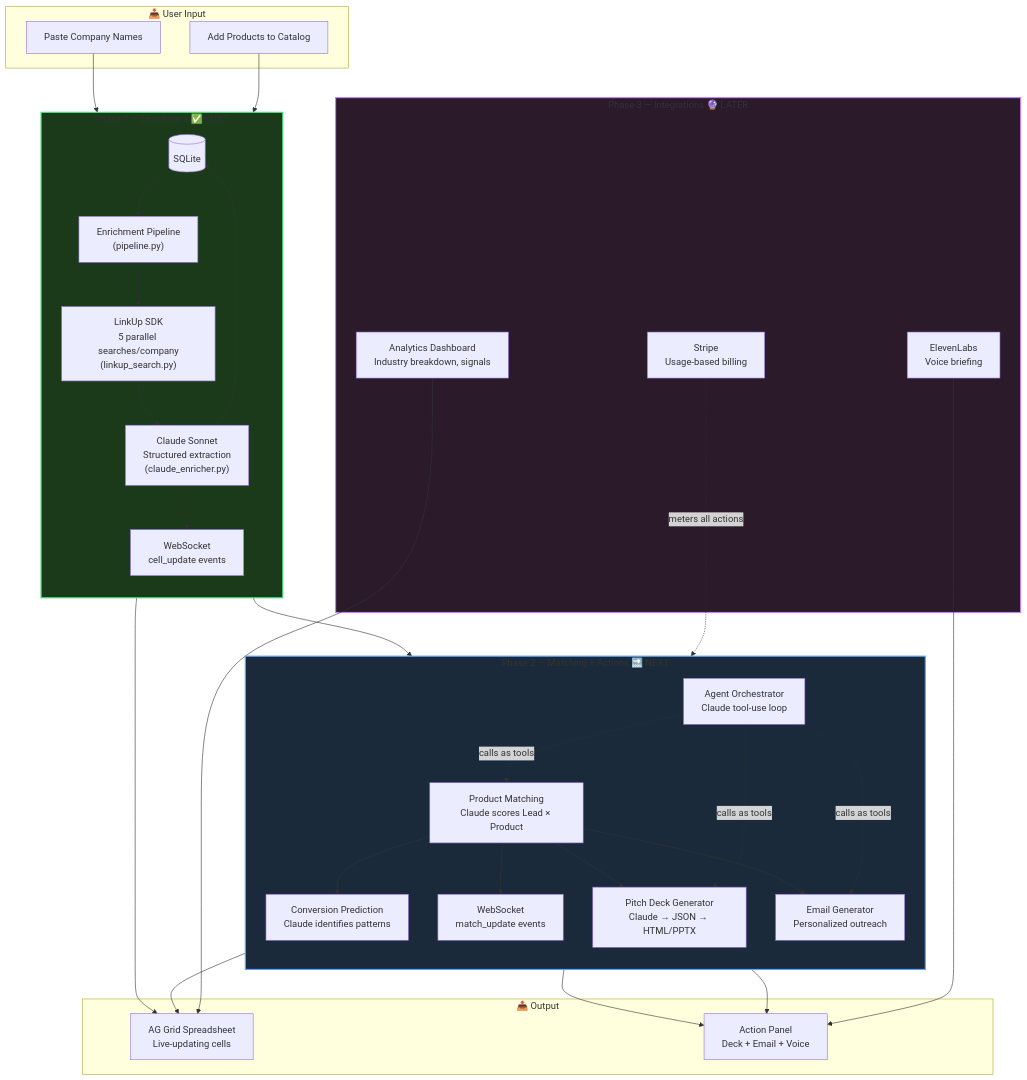
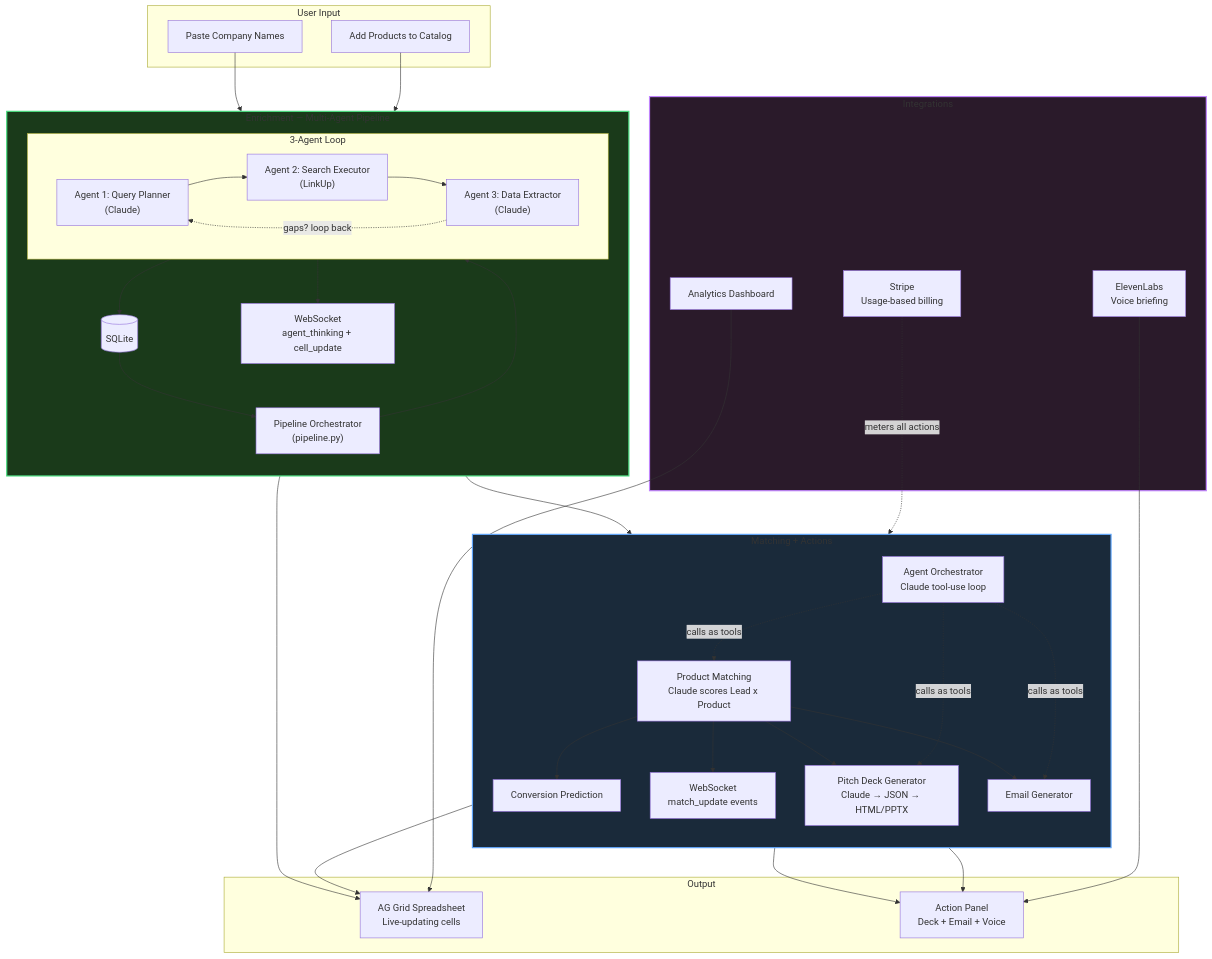
One commit to nishuastic/hack-europe changed the third of 5 diagrams in docs/architecture.md. Above: the diagram before and after it, drawn with Mermaid. The commit also changed other lines of this file and 16 other files, not shown here.

First line of the commit message:
feat: multi-agent enrichment pipeline with iterative follow-up

````diff
--- a/docs/architecture.md
+++ b/docs/architecture.md
@@ -131,66 +195,72 @@
 ```mermaid
 flowchart TB
-    subgraph INPUT["📥 User Input"]
+    subgraph INPUT["User Input"]
         P[Add Products to Catalog]
         L[Paste Company Names]
     end
 
-    subgraph PHASE1["Phase 1 — Enrichment ✅ BUILT"]
+    subgraph ENRICHMENT["Enrichment — Multi-Agent Pipeline"]
         direction TB
         DB_W1[(SQLite)]
-        ENRICH["Enrichment Pipeline<br/>(pipeline.py)"]
-        LINKUP["LinkUp SDK<br/>5 parallel searches/company<br/>(linkup_search.py)"]
-        CLAUDE_E["Claude Sonnet<br/>Structured extraction<br/>(claude_enricher.py)"]
-        WS1["WebSocket<br/>cell_update events"]
+        PIPELINE["Pipeline Orchestrator<br/>(pipeline.py)"]
+
+        subgraph AGENTS["3-Agent Loop"]
+            A1["Agent 1: Query Planner<br/>(Claude)"]
+            A2["Agent 2: Search Executor<br/>(LinkUp)"]
+            A3["Agent 3: Data Extractor<br/>(Claude)"]
+            A1 --> A2 --> A3
+            A3 -.->|"gaps? loop back"| A1
+        end
+
+        WS1["WebSocket<br/>agent_thinking + cell_update"]
     end
 
-    subgraph PHASE2["Phase 2 — Matching + Actions 🔜 NEXT"]
+    subgraph MATCHING["Matching + Actions"]
         direction TB
-        MATCH["Product Matching<br/>Claude scores Lead × Product"]
-        PREDICT["Conversion Prediction<br/>Claude identifies patterns"]
+        MATCH["Product Matching<br/>Claude scores Lead x Product"]
+        PREDICT["Conversion Prediction"]
         DECK["Pitch Deck Generator<br/>Claude → JSON → HTML/PPTX"]
-        EMAIL["Email Generator<br/>Personalized outreach"]
+        EMAIL["Email Generator"]
         AGENT["Agent Orchestrator<br/>Claude tool-use loop"]
         WS2["WebSocket<br/>match_update events"]
     end
 
-    subgraph PHASE3["Phase 3 — Integrations 🔮 LATER"]
+    subgraph INTEGRATIONS["Integrations"]
         VOICE["ElevenLabs<br/>Voice briefing"]
         STRIPE["Stripe<br/>Usage-based billing"]
-        ANALYTICS["Analytics Dashboard<br/>Industry breakdown, signals"]
+        ANALYTICS["Analytics Dashboard"]
     end
 
-    subgraph OUTPUT["📤 Output"]
+    subgraph OUTPUT["Output"]
         GRID["AG Grid Spreadsheet<br/>Live-updating cells"]
         PANEL["Action Panel<br/>Deck + Email + Voice"]
     end
 
     P --> DB_W1
     L --> DB_W1
-    DB_W1 --> ENRICH
-    ENRICH --> LINKUP
-    LINKUP --> CLAUDE_E
-    CLAUDE_E --> DB_W1
-    CLAUDE_E --> WS1
+    DB_W1 --> PIPELINE
+    PIPELINE --> AGENTS
+    AGENTS --> DB_W1
+    AGENTS --> WS1
     WS1 --> GRID
 
     DB_W1 --> MATCH
     MATCH --> PREDICT
     MATCH --> WS2
     WS2 --> GRID
     MATCH --> DECK
     MATCH --> EMAIL
     AGENT -.->|"calls as tools"| MATCH
     AGENT -.->|"calls as tools"| DECK
     AGENT -.->|"calls as tools"| EMAIL
 
     DECK --> PANEL
     EMAIL --> PANEL
     VOICE --> PANEL
-    STRIPE -.->|"meters all actions"| PHASE2
+    STRIPE -.->|"meters all actions"| MATCHING
     ANALYTICS --> GRID
 
-    style PHASE1 fill:#1a3a1a,stroke:#4ade80,stroke-width:2px
-    style PHASE2 fill:#1a2a3a,stroke:#60a5fa,stroke-width:2px
-    style PHASE3 fill:#2a1a2a,stroke:#c084fc,stroke-width:2px
+    style ENRICHMENT fill:#1a3a1a,stroke:#4ade80,stroke-width:2px
+    style MATCHING fill:#1a2a3a,stroke:#60a5fa,stroke-width:2px
+    style INTEGRATIONS fill:#2a1a2a,stroke:#c084fc,stroke-width:2px
 ```
````
